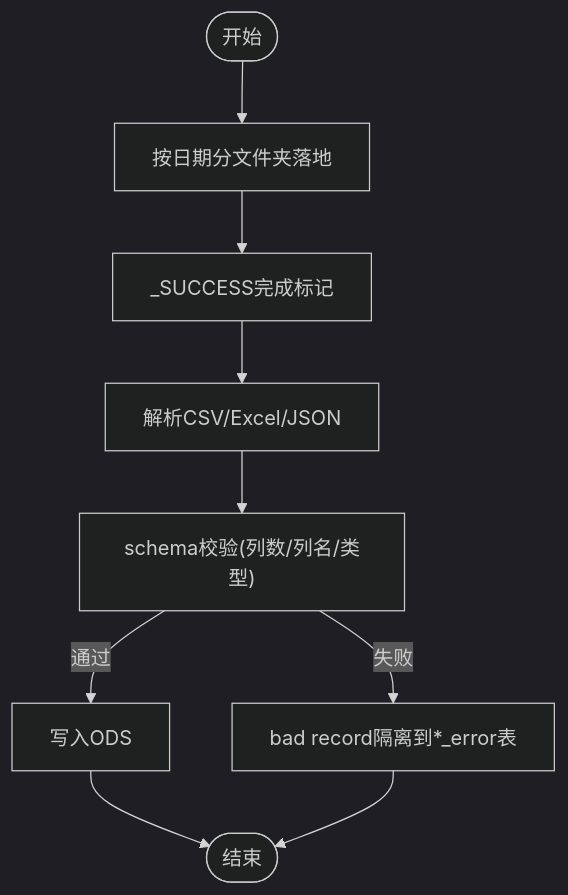
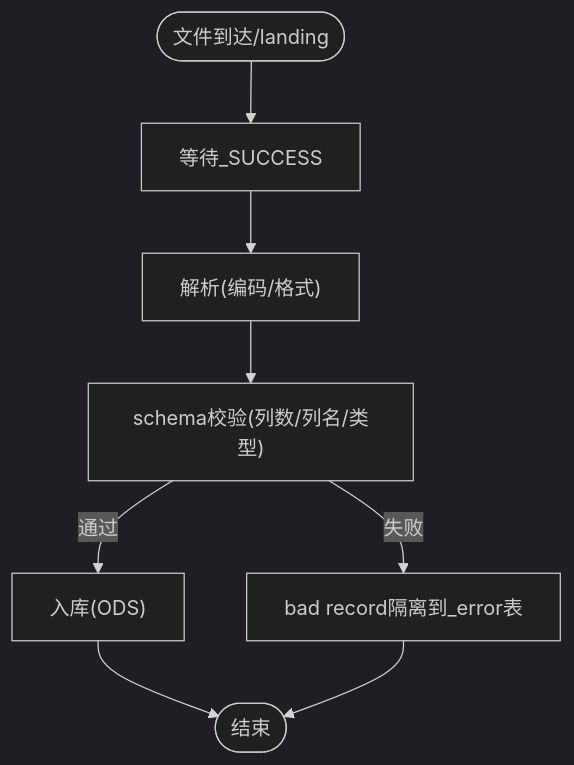
Before and after one commit to 13679659643/Data_Warehouse_Engineering: the eighth of 12 diagrams in .qoder/repowiki/zh/content/知识库系统/ETL模式库.md, drawn with Mermaid (dark theme). The commit also changed other lines of this file and 88 other files, not shown here.

````diff
--- a/.qoder/repowiki/zh/content/知识库系统/ETL模式库.md
+++ b/.qoder/repowiki/zh/content/知识库系统/ETL模式库.md
@@ -325,11 +312,10 @@
 ```mermaid
 flowchart TD
-Start(["开始"]) --> Landing["按日期分文件夹落地"]
-Landing --> Success["_SUCCESS完成标记"]
-Success --> Parse["解析CSV/Excel/JSON"]
-Parse --> SchemaCheck["schema校验(列数/列名/类型)"]
-SchemaCheck --> |通过| Write["写入ODS"]
-SchemaCheck --> |失败| BadRecord["bad record隔离到*_error表"]
-Write --> End(["结束"])
-BadRecord --> End
+Start(["文件到达/landing"]) --> WaitSuccess["等待_SUCCESS"]
+WaitSuccess --> Parse["解析(编码/格式)"]
+Parse --> Validate["schema校验(列数/列名/类型)"]
+Validate --> |通过| Ingest["入库(ODS)"]
+Validate --> |失败| Bad["bad record隔离到_error表"]
+Ingest --> End(["结束"])
+Bad --> End
 ```
````
